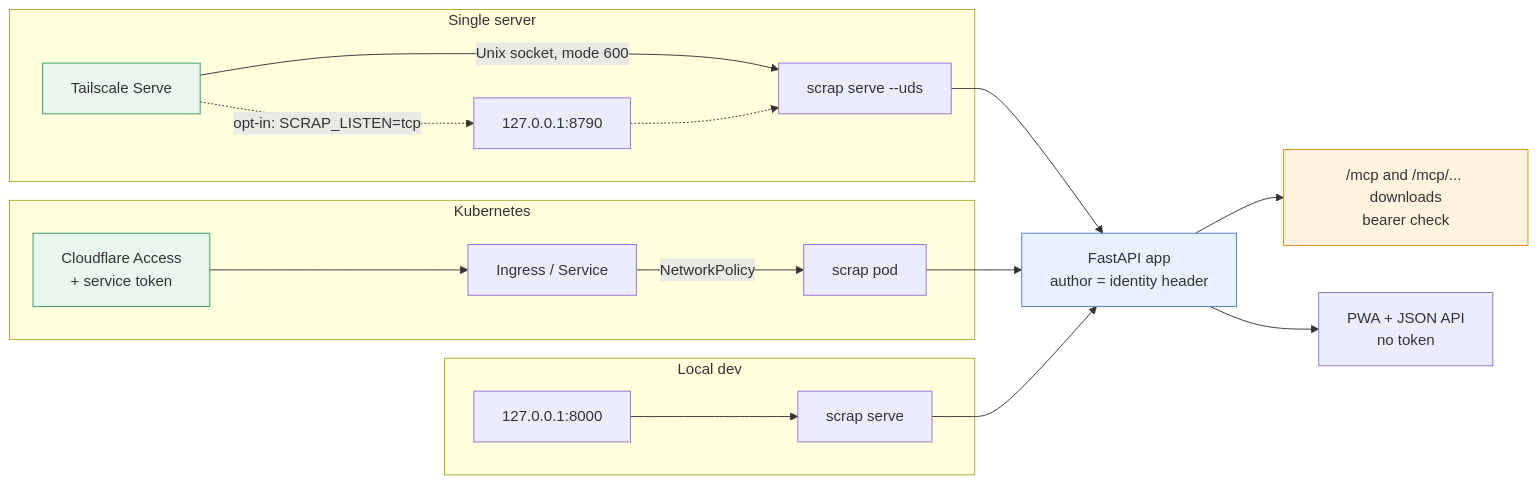
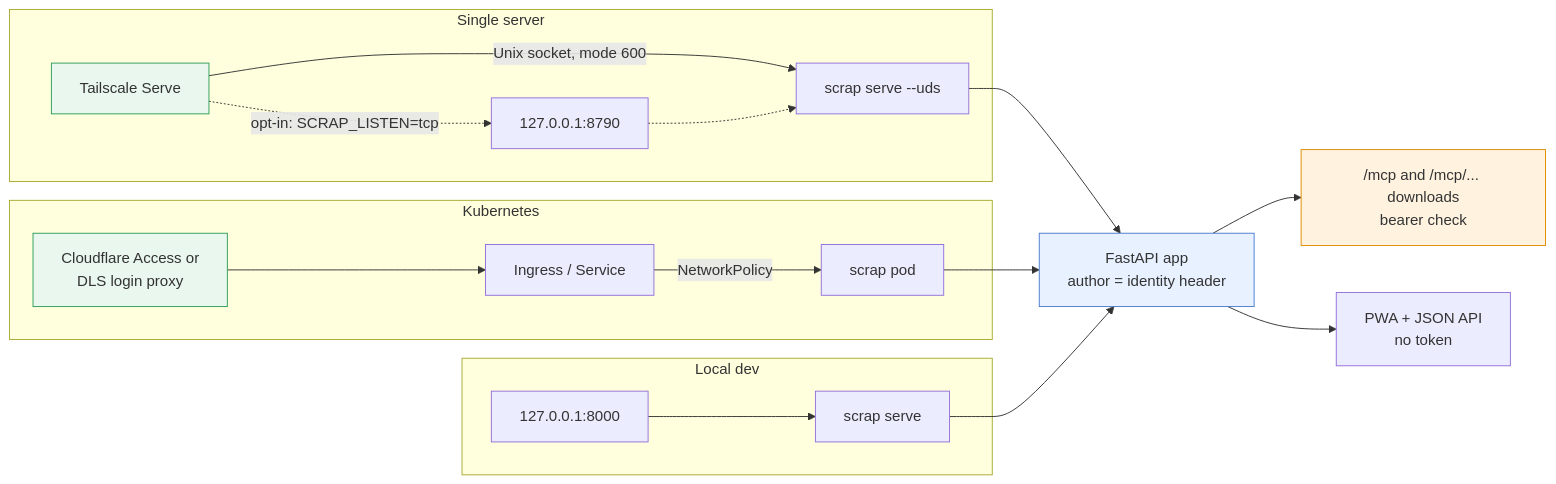
The first of 4 diagrams in docs/explanations/architecture/mcp-and-access.md (gilesknap/scrap), drawn with Mermaid before and after one commit. The commit also changed other lines of this file and 15 other files, not shown here.

First line of the commit message:
docs: reference and architecture match the code and the Litestream layout

````diff
--- a/docs/explanations/architecture/mcp-and-access.md
+++ b/docs/explanations/architecture/mcp-and-access.md
@@ -16,26 +17,26 @@
 ```mermaid
 flowchart LR
     subgraph single["Single server"]
         TS["Tailscale Serve"] -->|"Unix socket, mode 600"| A1["scrap serve --uds"]
         TS -.->|"opt-in: SCRAP_LISTEN=tcp"| L1["127.0.0.1:8790"]
         L1 -.-> A1
     end
     subgraph k8s["Kubernetes"]
-        CF["Cloudflare Access<br/>+ service token"] --> IN["Ingress / Service"]
+        CF["Cloudflare Access or<br/>DLS login proxy"] --> IN["Ingress / Service"]
         IN -->|"NetworkPolicy"| A2["scrap pod"]
     end
     subgraph dev["Local dev"]
         L2["127.0.0.1:8000"] --> A3["scrap serve"]
     end
     A1 --> APP["FastAPI app<br/>author = identity header"]
     A2 --> APP
     A3 --> APP
     APP --> MCP["/mcp and /mcp/... downloads<br/>bearer check"]
     APP --> REST["PWA + JSON API<br/>no token"]
     classDef user fill:#e9f7ef,stroke:#2e9d5b
     classDef claude fill:#fff3e0,stroke:#e08a00
     classDef store fill:#e8f1ff,stroke:#4a7bd0
     class TS,CF user
     class MCP claude
     class APP store
 ```
````
